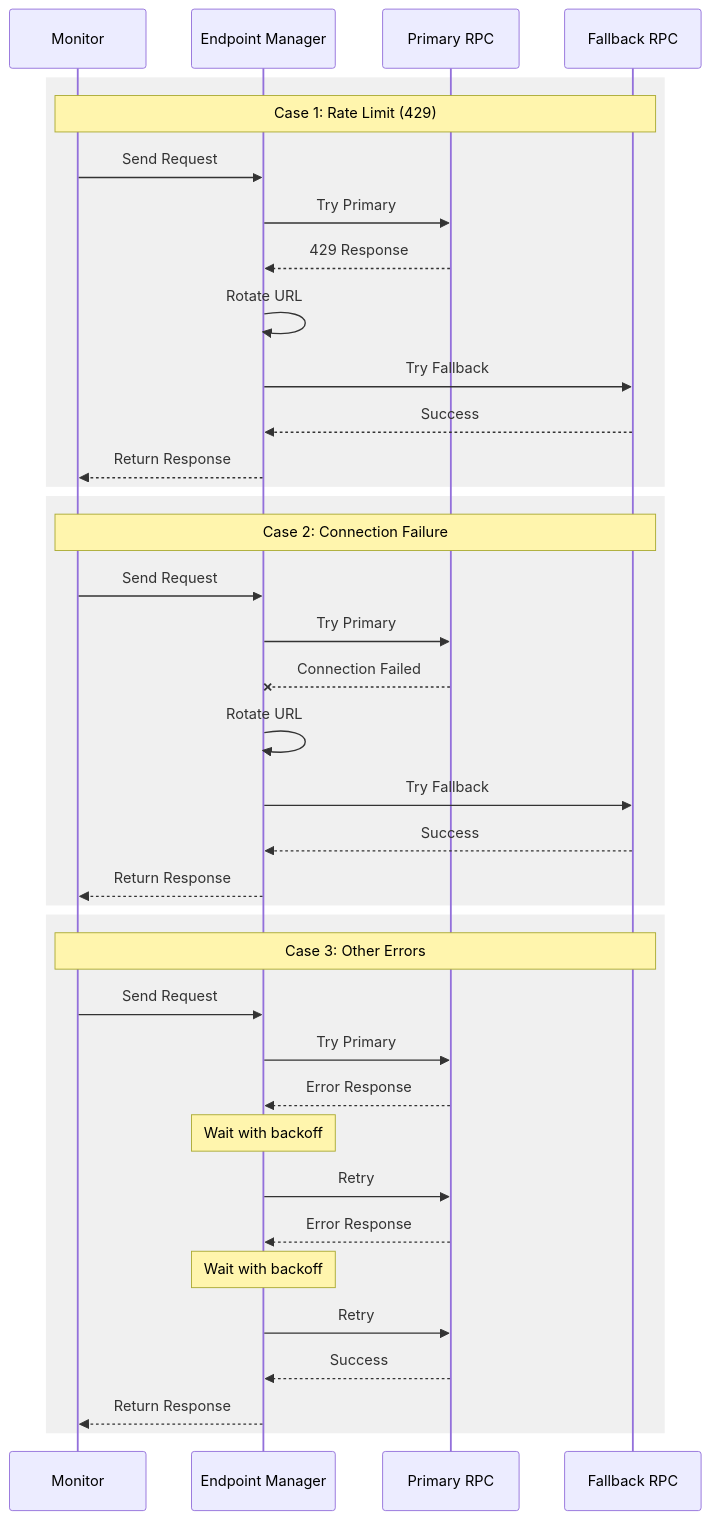
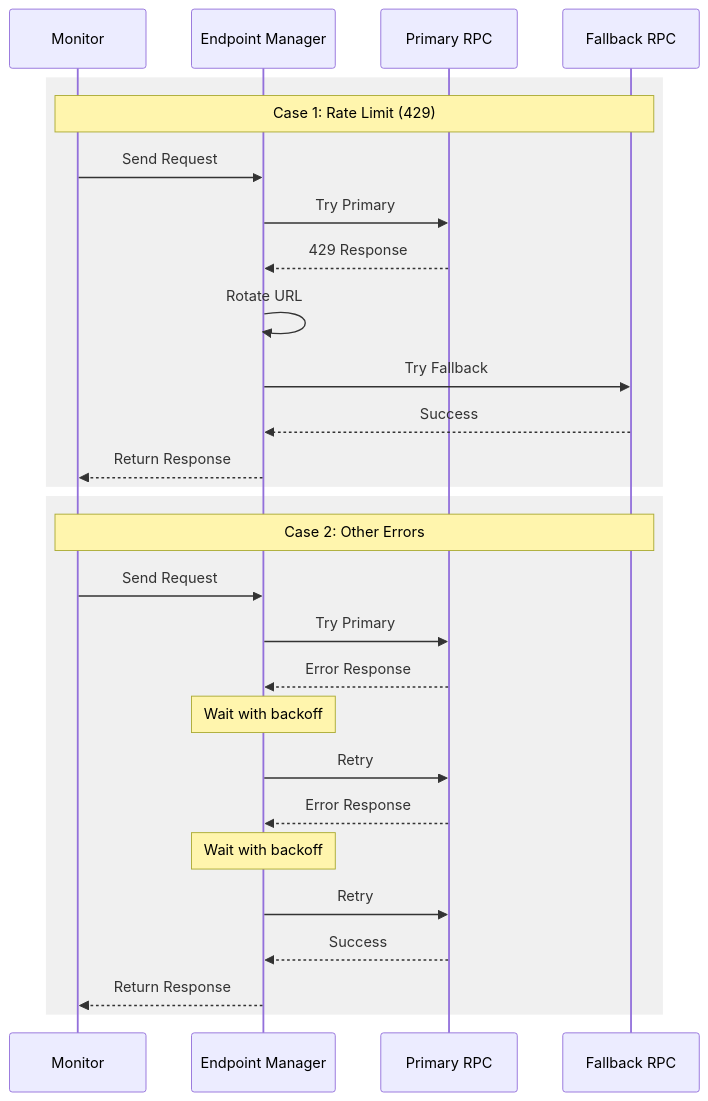
One commit to OpenZeppelin/openzeppelin-monitor changed the first of 2 diagrams in docs/modules/ROOT/pages/rpc.adoc. Above: the diagram before and after it, drawn with Mermaid. The commit also changed other lines of this file and 26 other files, not shown here.

```diff
--- a/docs/modules/ROOT/pages/rpc.adoc
+++ b/docs/modules/ROOT/pages/rpc.adoc
@@ -152,44 +158,33 @@
 [mermaid,width=100%]
 ....
 sequenceDiagram
     participant M as Monitor
     participant EM as Endpoint Manager
     participant P as Primary RPC
     participant F as Fallback RPC
 
     rect rgb(240, 240, 240)
         Note over M,F: Case 1: Rate Limit (429)
         M->>EM: Send Request
         EM->>P: Try Primary
         P-->>EM: 429 Response
         EM->>EM: Rotate URL
         EM->>F: Try Fallback
         F-->>EM: Success
         EM-->>M: Return Response
     end
 
     rect rgb(240, 240, 240)
-        Note over M,F: Case 2: Connection Failure
-        M->>EM: Send Request
-        EM->>P: Try Primary
-        P--xEM: Connection Failed
-        EM->>EM: Rotate URL
-        EM->>F: Try Fallback
-        F-->>EM: Success
-        EM-->>M: Return Response
-    end
-
-    rect rgb(240, 240, 240)
-        Note over M,F: Case 3: Other Errors
+        Note over M,F: Case 2: Other Errors
         M->>EM: Send Request
         EM->>P: Try Primary
         P-->>EM: Error Response
         Note over EM: Wait with backoff
         EM->>P: Retry #1
         P-->>EM: Error Response
         Note over EM: Wait with backoff
         EM->>P: Retry #2
         P-->>EM: Success
         EM-->>M: Return Response
     end
 ....
```
